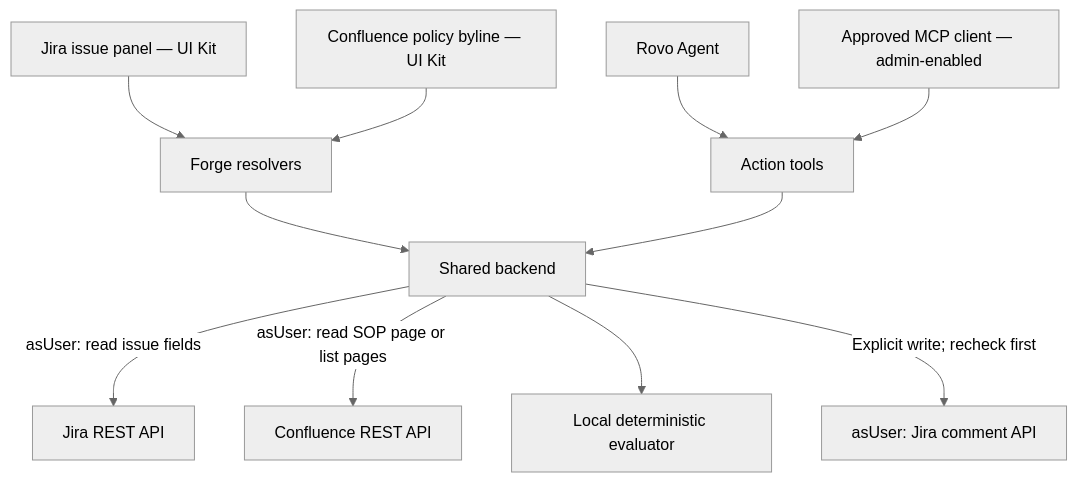
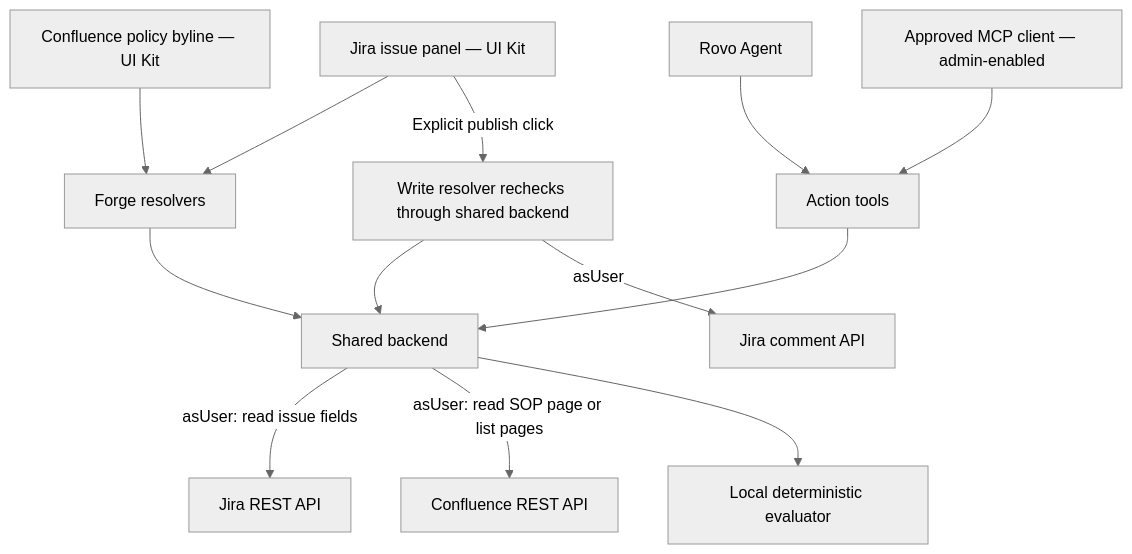
One commit to EsDeathHere/policy-compliance-copilot changed the diagram in docs/devpost-submission.md. Above: the diagram before and after it, drawn with Mermaid (neutral theme). The commit also changed other lines of this file and 1 other file, not shown here.

````diff
--- a/docs/devpost-submission.md
+++ b/docs/devpost-submission.md
@@ -36,13 +36,15 @@
 ```mermaid
 flowchart TD
   J[Jira issue panel — UI Kit] --> R[Forge resolvers]
   C[Confluence policy byline — UI Kit] --> R
   A[Rovo Agent] --> T[Action tools]
   M[Approved MCP client — admin-enabled] --> T
   R --> B[Shared backend]
   T --> B
   B -->|asUser: read issue fields| JR[Jira REST API]
   B -->|asUser: read SOP page or list pages| CR[Confluence REST API]
   B --> L[Local deterministic evaluator]
-  B -->|Explicit write; recheck first| W[asUser: Jira comment API]
+  J -->|Explicit publish click| W[Write resolver rechecks through shared backend]
+  W --> B
+  W -->|asUser| JC[Jira comment API]
 ```
````
